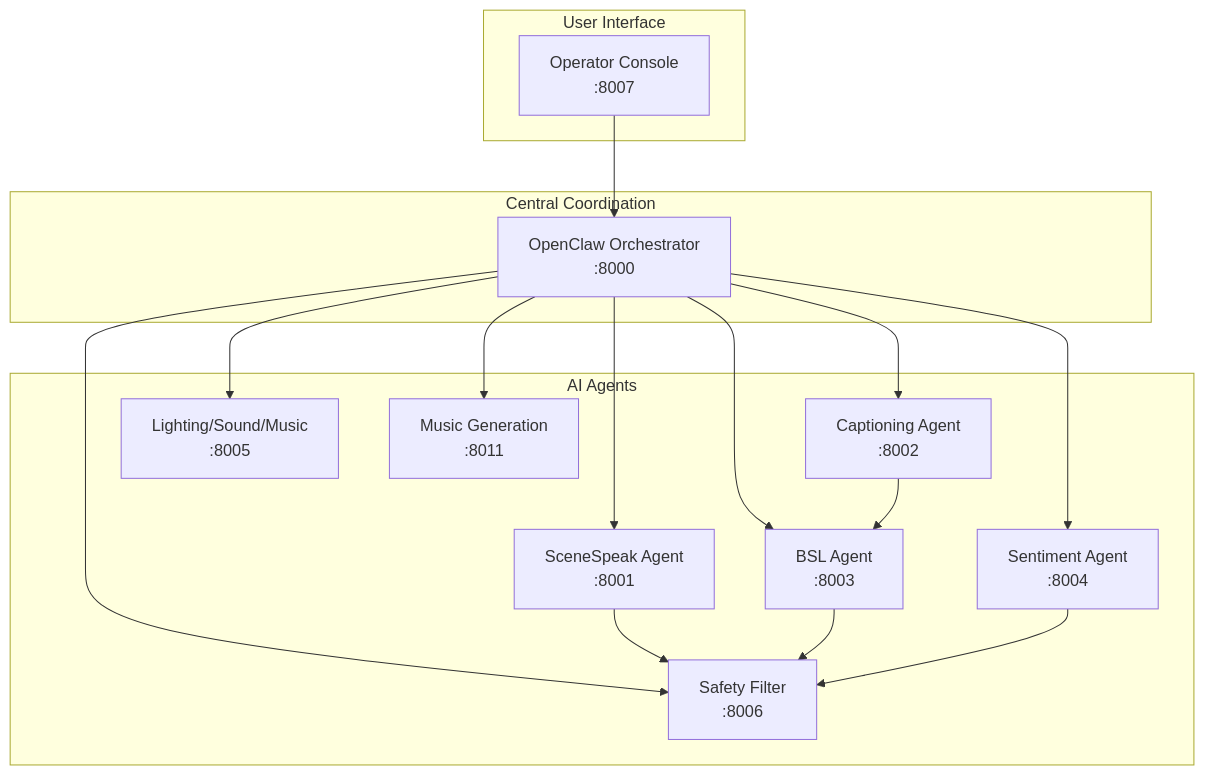
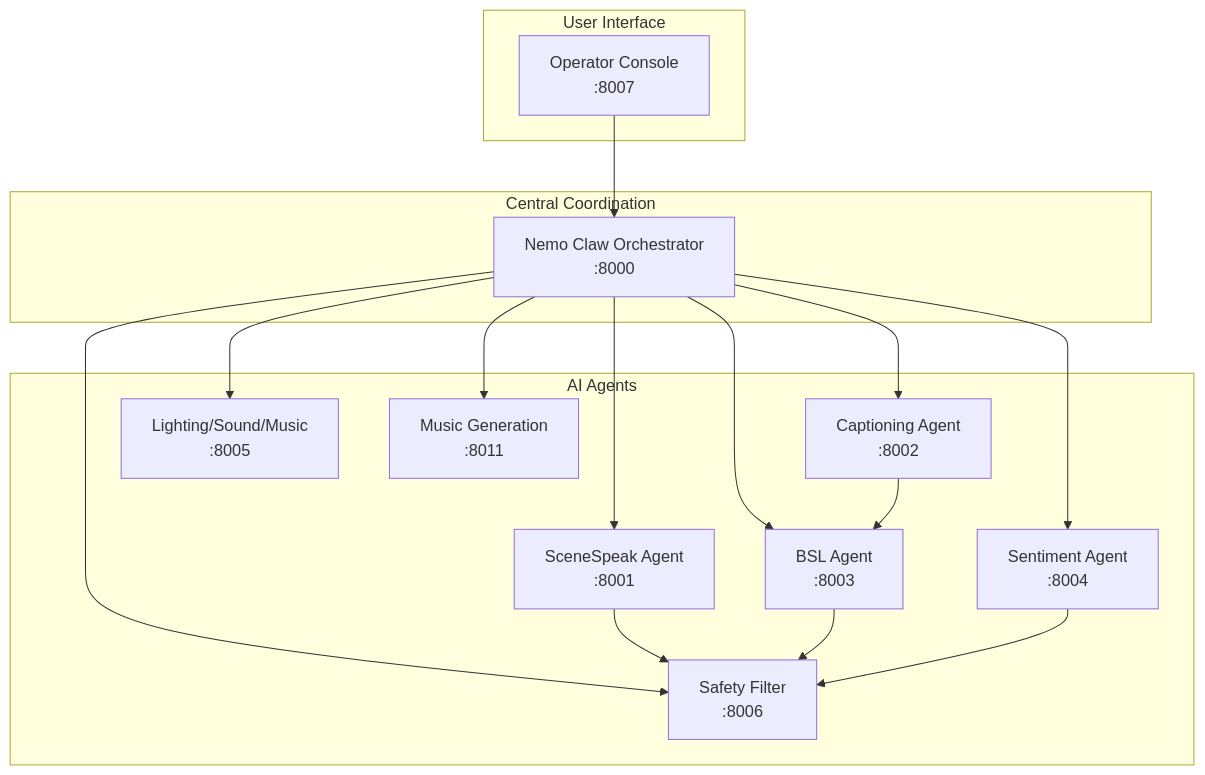
One commit to ranjrana2012-lab/project-chimera changed the first of 2 diagrams in docs/architecture/overview.md. Above: the diagram before and after it, drawn with Mermaid. The commit also changed other lines of this file and 3 other files, not shown here.

First line of the commit message:
docs(nemoclaw): update documentation for Nemo Claw Orchestrator

````diff
--- a/docs/architecture/overview.md
+++ b/docs/architecture/overview.md
@@ -7,34 +7,34 @@
 ```mermaid
 graph TB
     subgraph "User Interface"
         OC[Operator Console<br/>:8007]
     end
 
     subgraph "Central Coordination"
-        Orch[OpenClaw Orchestrator<br/>:8000]
+        Orch[Nemo Claw Orchestrator<br/>:8000]
     end
 
     subgraph "AI Agents"
         SS[SceneSpeak Agent<br/>:8001]
         CAP[Captioning Agent<br/>:8002]
         BSL[BSL Agent<br/>:8003]
         SENT[Sentiment Agent<br/>:8004]
         LSM[Lighting/Sound/Music<br/>:8005]
         SF[Safety Filter<br/>:8006]
         MG[Music Generation<br/>:8011]
     end
 
     OC --> Orch
     Orch --> SS
     Orch --> CAP
     Orch --> BSL
     Orch --> SENT
     Orch --> LSM
     Orch --> SF
     Orch --> MG
 
     SS --> SF
     CAP --> BSL
     BSL --> SF
     SENT --> SF
 ```
````
